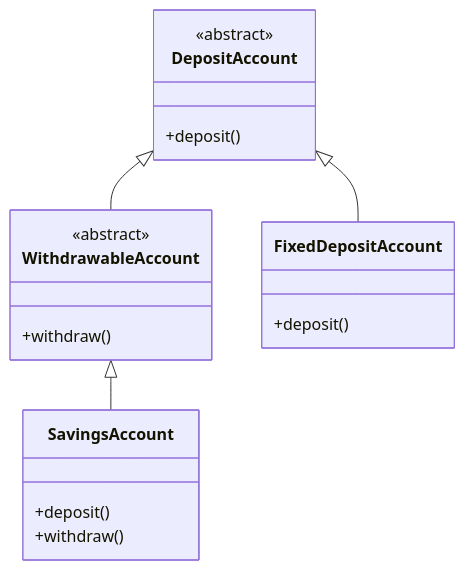
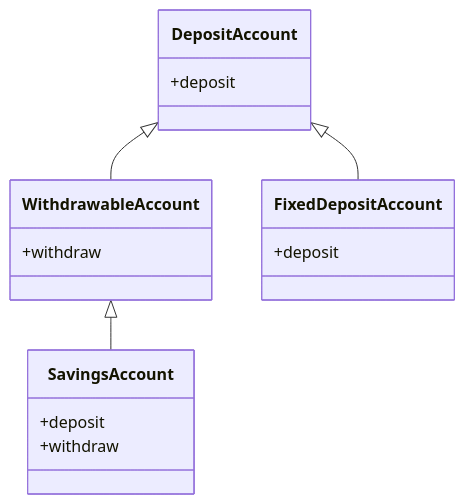
Before and after one commit to gojosatoru123-ux/CacheU: the sixth of 10 diagrams in src/content/lld-solid-principles.md, drawn with Mermaid. The commit also changed other lines of this file and 21 other files, not shown here.

````diff
--- a/src/content/lld-solid-principles.md
+++ b/src/content/lld-solid-principles.md
@@ -622,25 +620,23 @@
 ```mermaid
 classDiagram
     class DepositAccount {
-        <<abstract>>
-        +deposit()
+        +deposit
     }
 
     class WithdrawableAccount {
-        <<abstract>>
-        +withdraw()
+        +withdraw
     }
 
     class FixedDepositAccount {
-        +deposit()
+        +deposit
     }
 
     class SavingsAccount {
-        +deposit()
-        +withdraw()
+        +deposit
+        +withdraw
     }
 
     DepositAccount <|-- FixedDepositAccount
     DepositAccount <|-- WithdrawableAccount
     WithdrawableAccount <|-- SavingsAccount
 ```
````
